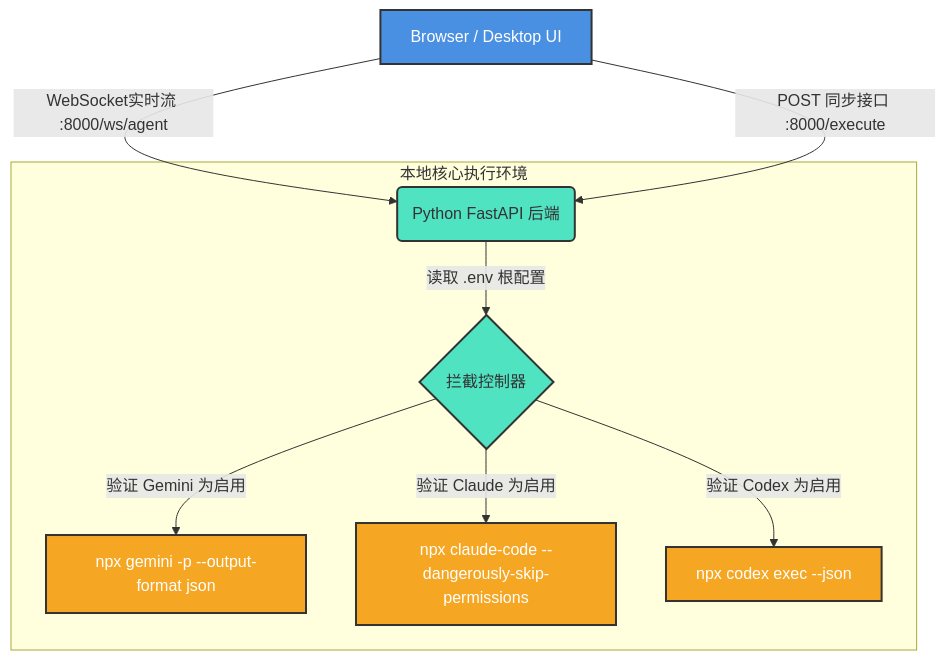
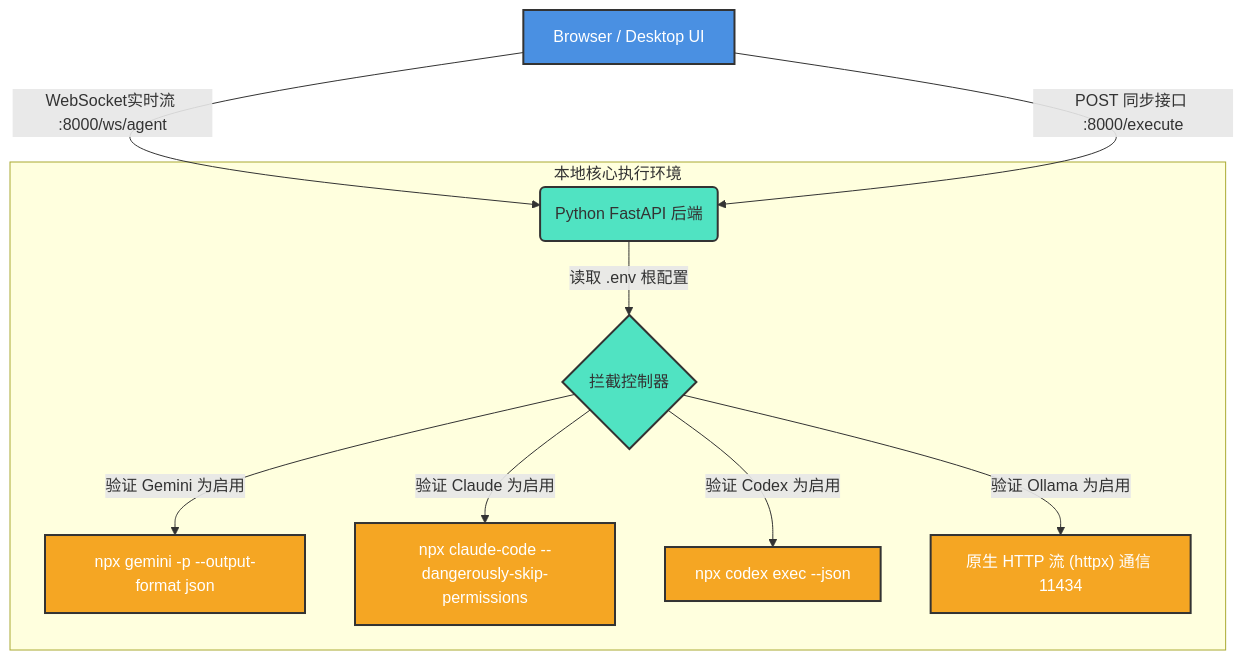
Before and after one commit to dmquant/agent-route: the third of 4 diagrams in README.md, drawn with Mermaid. The commit also changed other lines of this file and 6 other files, not shown here.

````diff
--- a/README.md
+++ b/README.md
@@ -142,16 +159,17 @@
 ```mermaid
 graph TD
     classDef ui fill:#4a90e2,stroke:#333,stroke-width:2px,color:#fff;
     classDef api fill:#50e3c2,stroke:#333,stroke-width:2px,color:#333;
     classDef os fill:#f5a623,stroke:#333,stroke-width:2px,color:#fff;
 
     A["Browser / Desktop UI"]:::ui -->|"WebSocket实时流 :8000/ws/agent"| B("Python FastAPI 后端"):::api
     A -->|"POST 同步接口 :8000/execute"| B
     
     subgraph 本地核心执行环境
     B -->|"读取 .env 根配置"| C{"拦截控制器"}:::api
     C -->|"验证 Gemini 为启用"| G["npx gemini -p --output-format json"]:::os
     C -->|"验证 Claude 为启用"| CL["npx claude-code --dangerously-skip-permissions"]:::os
     C -->|"验证 Codex 为启用"| CO["npx codex exec --json"]:::os
+    C -->|"验证 Ollama 为启用"| OL["原生 HTTP 流 (httpx) 通信 11434"]:::os
     end
 ```
````
